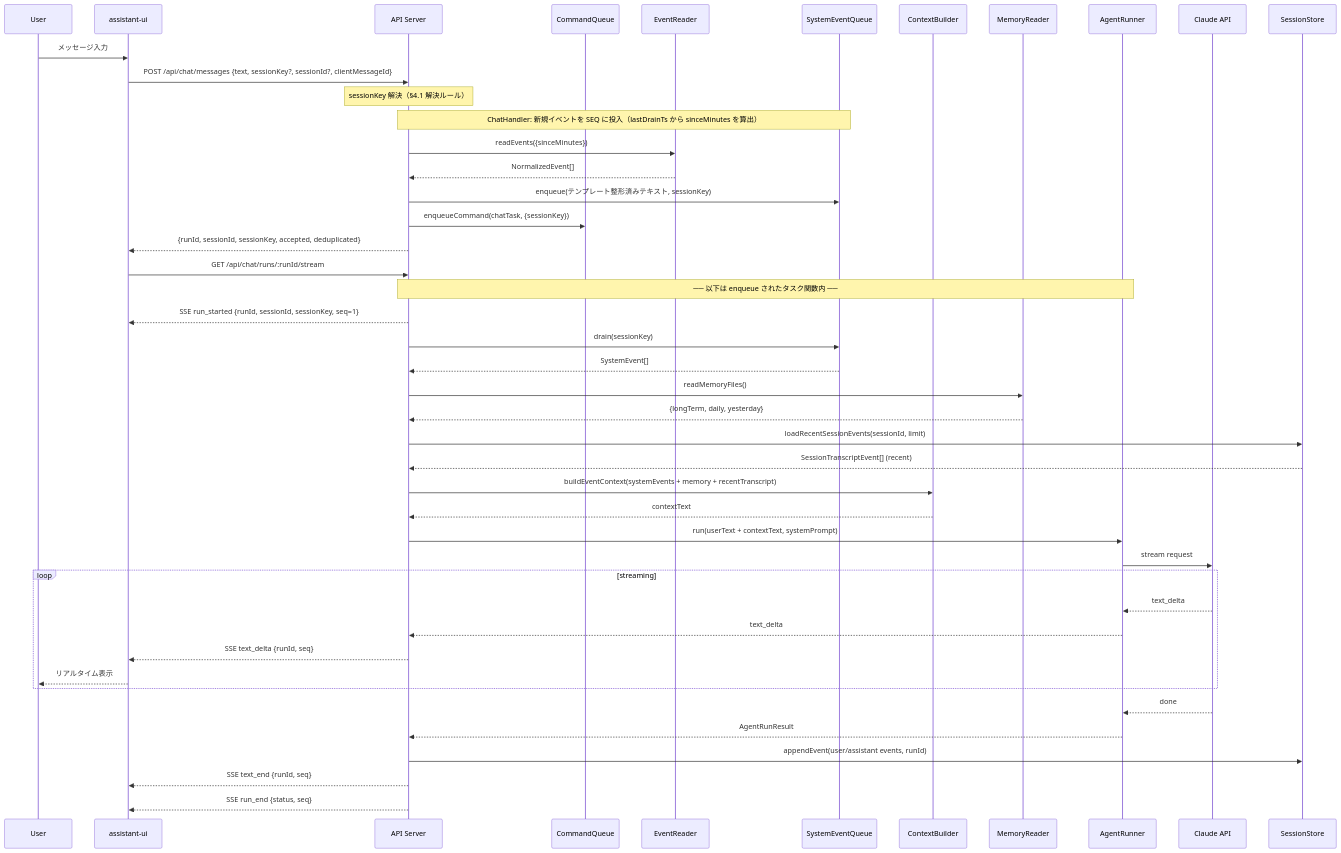
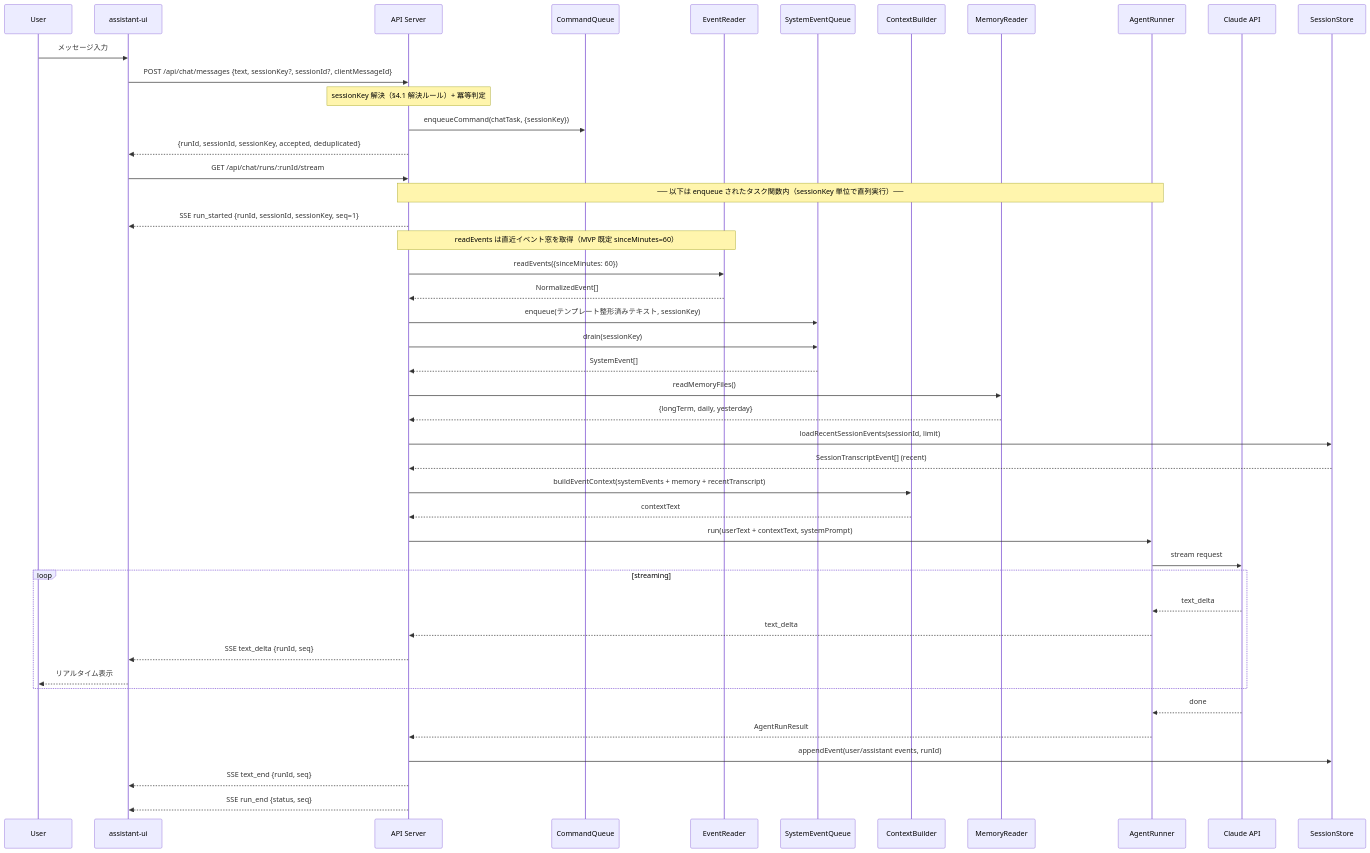
One commit to masahide/adjutant changed the third of 5 diagrams in doc/plan/260214-s01-ai-assistant-mvp.md. Above: the diagram before and after it, drawn with Mermaid. The commit also changed other lines of this file and 3 other files, not shown here.

````diff
--- a/doc/plan/260214-s01-ai-assistant-mvp.md
+++ b/doc/plan/260214-s01-ai-assistant-mvp.md
@@ -1058,52 +1061,52 @@
 ```mermaid
 sequenceDiagram
     participant User
     participant UI as assistant-ui
     participant API as API Server
     participant CQ as CommandQueue
     participant ER as EventReader
     participant SEQ as SystemEventQueue
     participant CB as ContextBuilder
     participant MR as MemoryReader
     participant AR as AgentRunner
     participant LLM as Claude API
     participant SS as SessionStore
 
     User->>UI: メッセージ入力
     UI->>API: POST /api/chat/messages {text, sessionKey?, sessionId?, clientMessageId}
 
-    Note over API: sessionKey 解決（§4.1 解決ルール）
-    Note over API,SEQ: ChatHandler: 新規イベントを SEQ に投入（lastDrainTs から sinceMinutes を算出）
-    API->>ER: readEvents({sinceMinutes})
-    ER-->>API: NormalizedEvent[]
-    API->>SEQ: enqueue(テンプレート整形済みテキスト, sessionKey)
+    Note over API: sessionKey 解決（§4.1 解決ルール）+ 冪等判定
 
     API->>CQ: enqueueCommand(chatTask, {sessionKey})
     API-->>UI: {runId, sessionId, sessionKey, accepted, deduplicated}
     UI->>API: GET /api/chat/runs/:runId/stream
 
-    Note over API,AR: ── 以下は enqueue されたタスク関数内 ──
+    Note over API,AR: ── 以下は enqueue されたタスク関数内（sessionKey 単位で直列実行）──
 
     API-->>UI: SSE run_started {runId, sessionId, sessionKey, seq=1}
+    Note over API,ER: readEvents は直近イベント窓を取得（MVP 既定 sinceMinutes=60）
+    API->>ER: readEvents({sinceMinutes: 60})
+    ER-->>API: NormalizedEvent[]
+    API->>SEQ: enqueue(テンプレート整形済みテキスト, sessionKey)
     API->>SEQ: drain(sessionKey)
     SEQ-->>API: SystemEvent[]
     API->>MR: readMemoryFiles()
     MR-->>API: {longTerm, daily, yesterday}
     API->>SS: loadRecentSessionEvents(sessionId, limit)
     SS-->>API: SessionTranscriptEvent[] (recent)
     API->>CB: buildEventContext(systemEvents + memory + recentTranscript)
     CB-->>API: contextText
     API->>AR: run(userText + contextText, systemPrompt)
     AR->>LLM: stream request
     loop streaming
         LLM-->>AR: text_delta
         AR-->>API: text_delta
         API-->>UI: SSE text_delta {runId, seq}
         UI-->>User: リアルタイム表示
     end
     LLM-->>AR: done
     AR-->>API: AgentRunResult
     API->>SS: appendEvent(user/assistant events, runId)
     API-->>UI: SSE text_end {runId, seq}
     API-->>UI: SSE run_end {status, seq}
 ```
````
